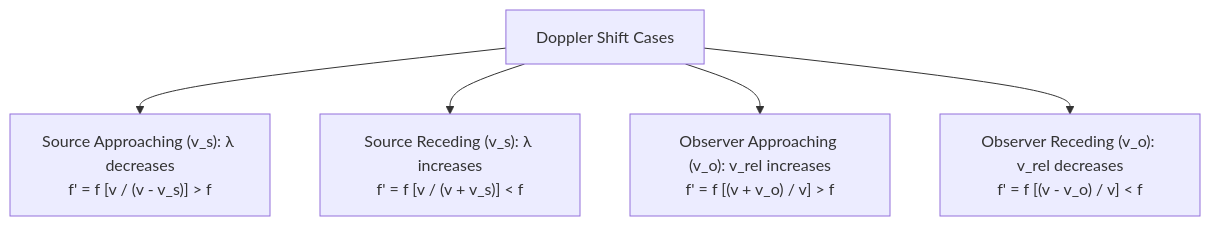
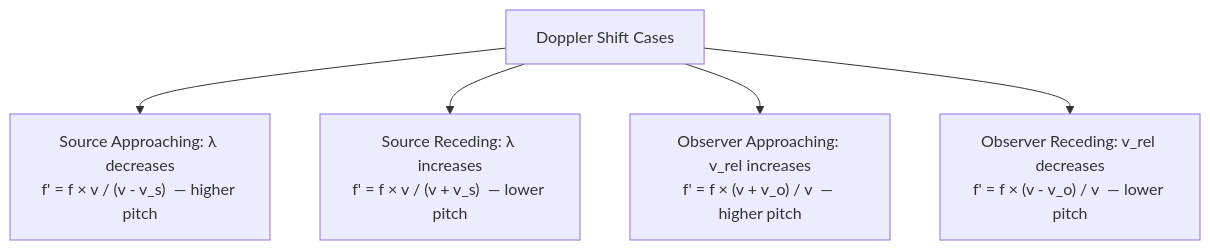
One commit to zenyyxz/Zen_dx-Notes changed the fourth of 4 diagrams in 02 - Physics/Subtopics/Sound Waves, Acoustics & Doppler Effect.md. Above: the diagram before and after it, drawn with Mermaid. The commit also changed 13 other files, not shown here.

````diff
--- a/02 - Physics/Subtopics/Sound Waves, Acoustics & Doppler Effect.md
+++ b/02 - Physics/Subtopics/Sound Waves, Acoustics & Doppler Effect.md
@@ -140,7 +140,7 @@
 ```mermaid
 graph TD
-    Dop["Doppler Shift Cases"] --> S_App["Source Approaching (v_s): λ decreases<br>f' = f [v / (v - v_s)] > f"]
-    Dop --> S_Rec["Source Receding (v_s): λ increases<br>f' = f [v / (v + v_s)] < f"]
-    Dop --> O_App["Observer Approaching (v_o): v_rel increases<br>f' = f [(v + v_o) / v] > f"]
-    Dop --> O_Rec["Observer Receding (v_o): v_rel decreases<br>f' = f [(v - v_o) / v] < f"]
+    Dop["Doppler Shift Cases"] --> S_App["Source Approaching: λ decreases<br>f' = f × v / (v - v_s)  — higher pitch"]
+    Dop --> S_Rec["Source Receding: λ increases<br>f' = f × v / (v + v_s)  — lower pitch"]
+    Dop --> O_App["Observer Approaching: v_rel increases<br>f' = f × (v + v_o) / v  — higher pitch"]
+    Dop --> O_Rec["Observer Receding: v_rel decreases<br>f' = f × (v - v_o) / v  — lower pitch"]
 ```
````
